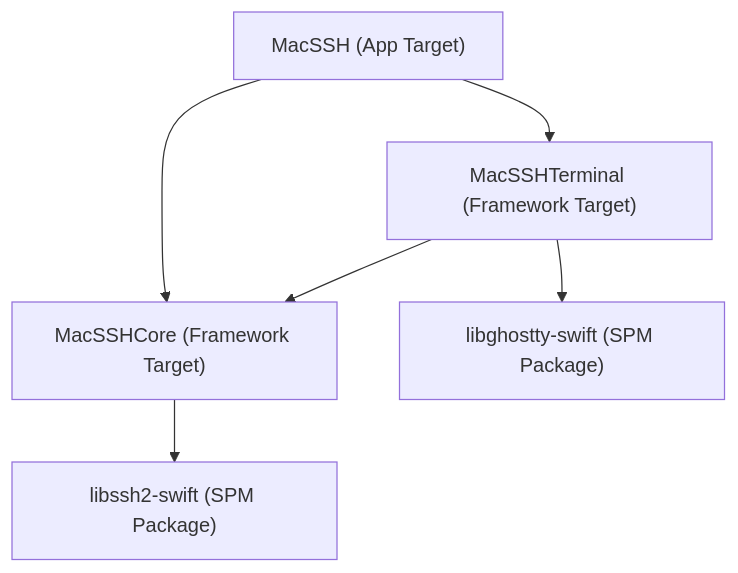
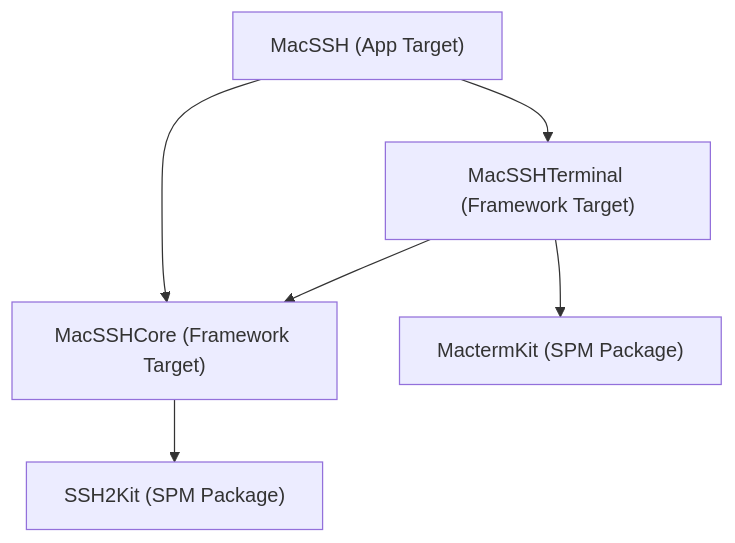
The diagram in README.md (SteveShi/MacSSH), drawn with Mermaid before and after one commit. The commit also changed other lines of this file and 18 other files, not shown here.

Commit message:
refactor: migrate dependencies to SSH2Kit and MactermKit

````diff
--- a/README.md
+++ b/README.md
@@ -15,8 +15,8 @@
 ```mermaid
 graph TD
     App["MacSSH (App Target)"] --> Core["MacSSHCore (Framework Target)"]
     App --> Terminal["MacSSHTerminal (Framework Target)"]
     Terminal --> Core
-    Terminal --> Ghostty["libghostty-swift (SPM Package)"]
-    Core --> SSH["libssh2-swift (SPM Package)"]
+    Terminal --> Ghostty["MactermKit (SPM Package)"]
+    Core --> SSH["SSH2Kit (SPM Package)"]
 ```
````
